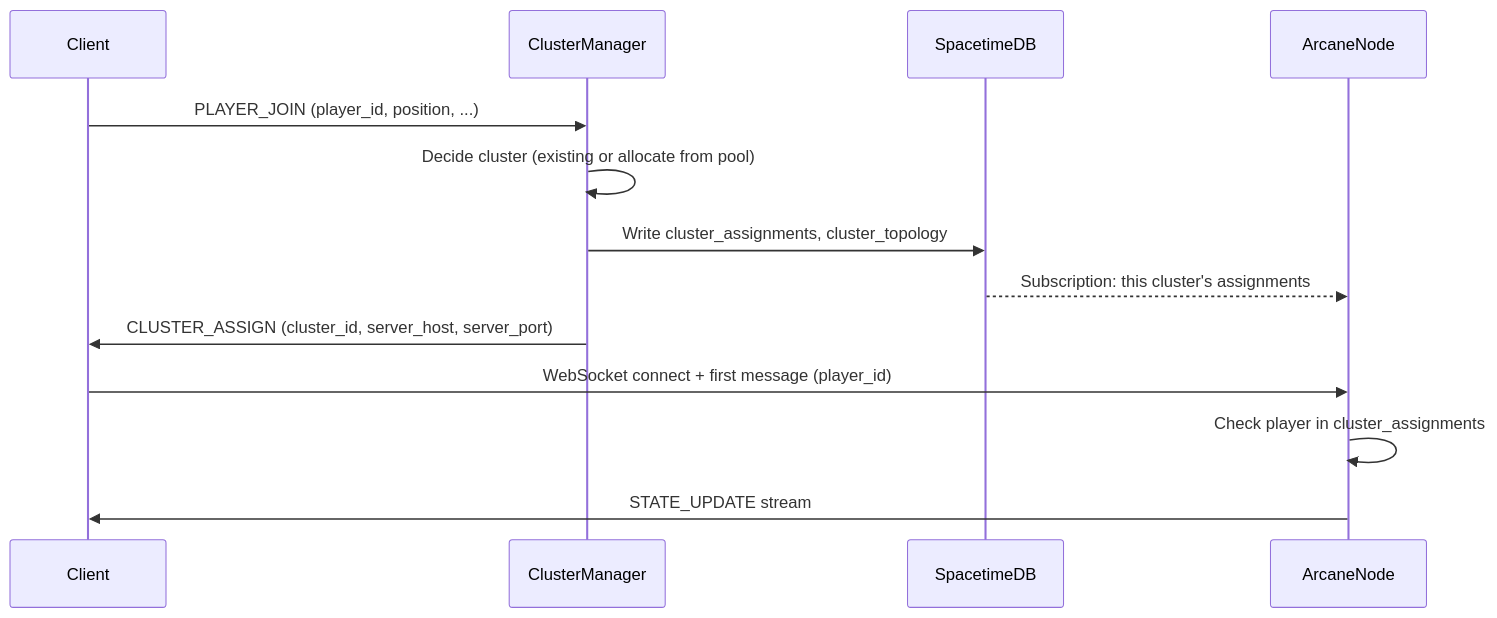
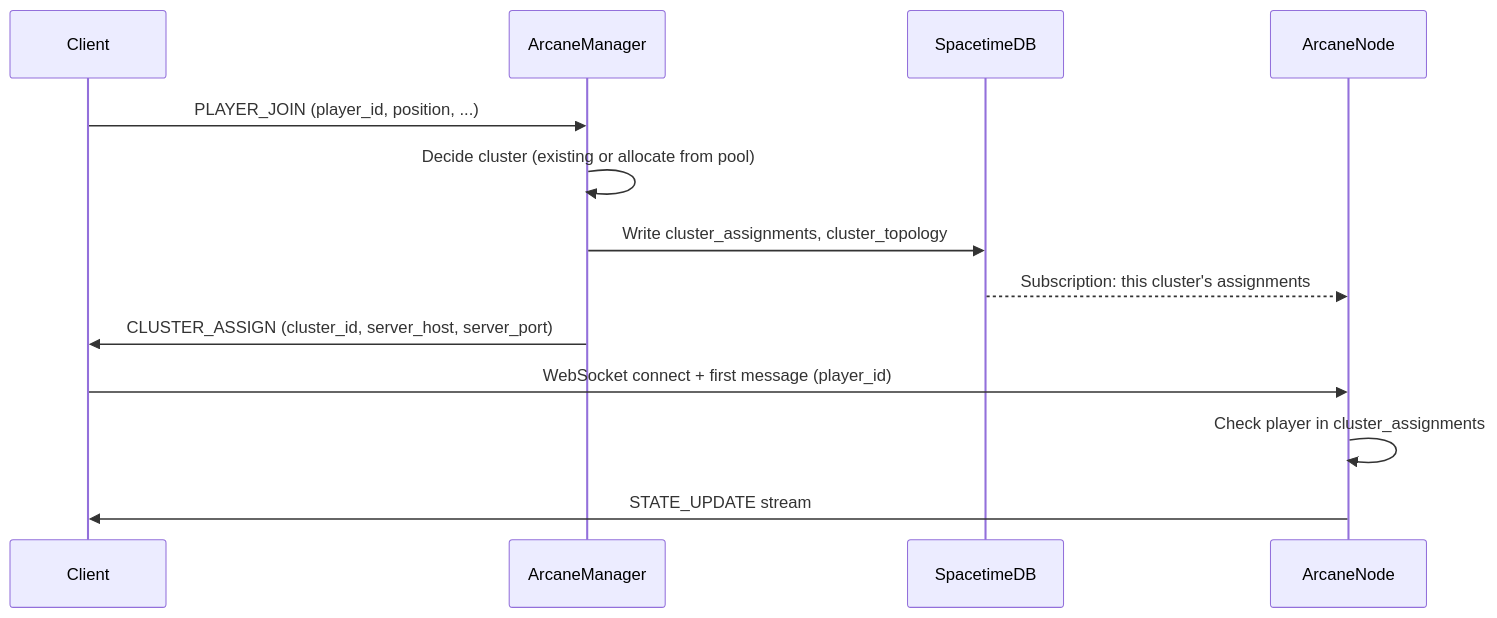
One commit to brainy-bots/arcane changed the second of 5 diagrams in docs/SYSTEM_ARCHITECTURE.md. Above: the diagram before and after it, drawn with Mermaid. The commit also changed other lines of this file and 34 other files, not shown here.

First line of the commit message:
feat: rename ClusterManager → ArcaneManager, cluster_runner → node_runner (Phase 1)

````diff
--- a/docs/SYSTEM_ARCHITECTURE.md
+++ b/docs/SYSTEM_ARCHITECTURE.md
@@ -57,16 +57,16 @@
 ```mermaid
 sequenceDiagram
     participant C as Client
-    participant M as ClusterManager
+    participant M as ArcaneManager
     participant SDB as SpacetimeDB
     participant S as ArcaneNode
 
     C->>M: PLAYER_JOIN (player_id, position, ...)
     M->>M: Decide cluster (existing or allocate from pool)
     M->>SDB: Write cluster_assignments, cluster_topology
     SDB-->>S: Subscription: this cluster's assignments
     M->>C: CLUSTER_ASSIGN (cluster_id, server_host, server_port)
     C->>S: WebSocket connect + first message (player_id)
     S->>S: Check player in cluster_assignments
     S->>C: STATE_UPDATE stream
 ```
````
